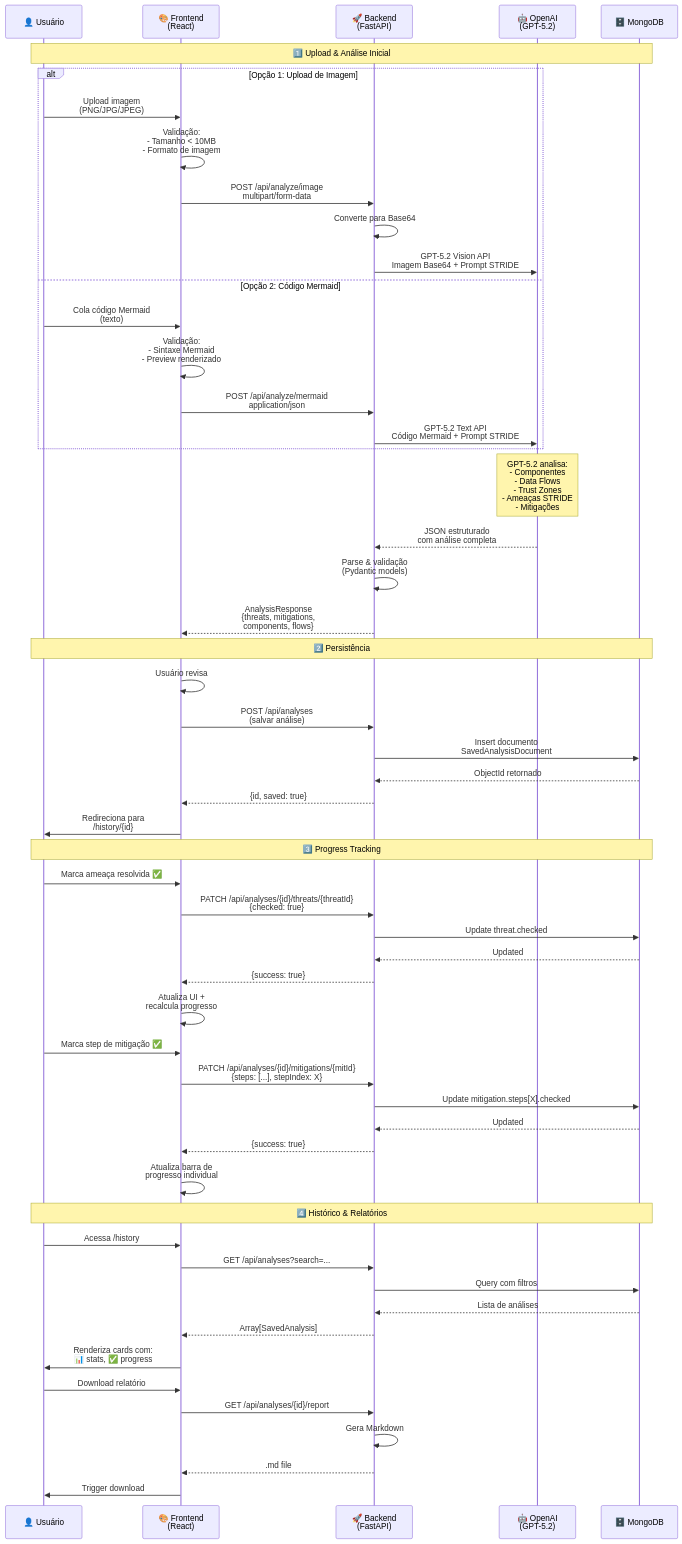
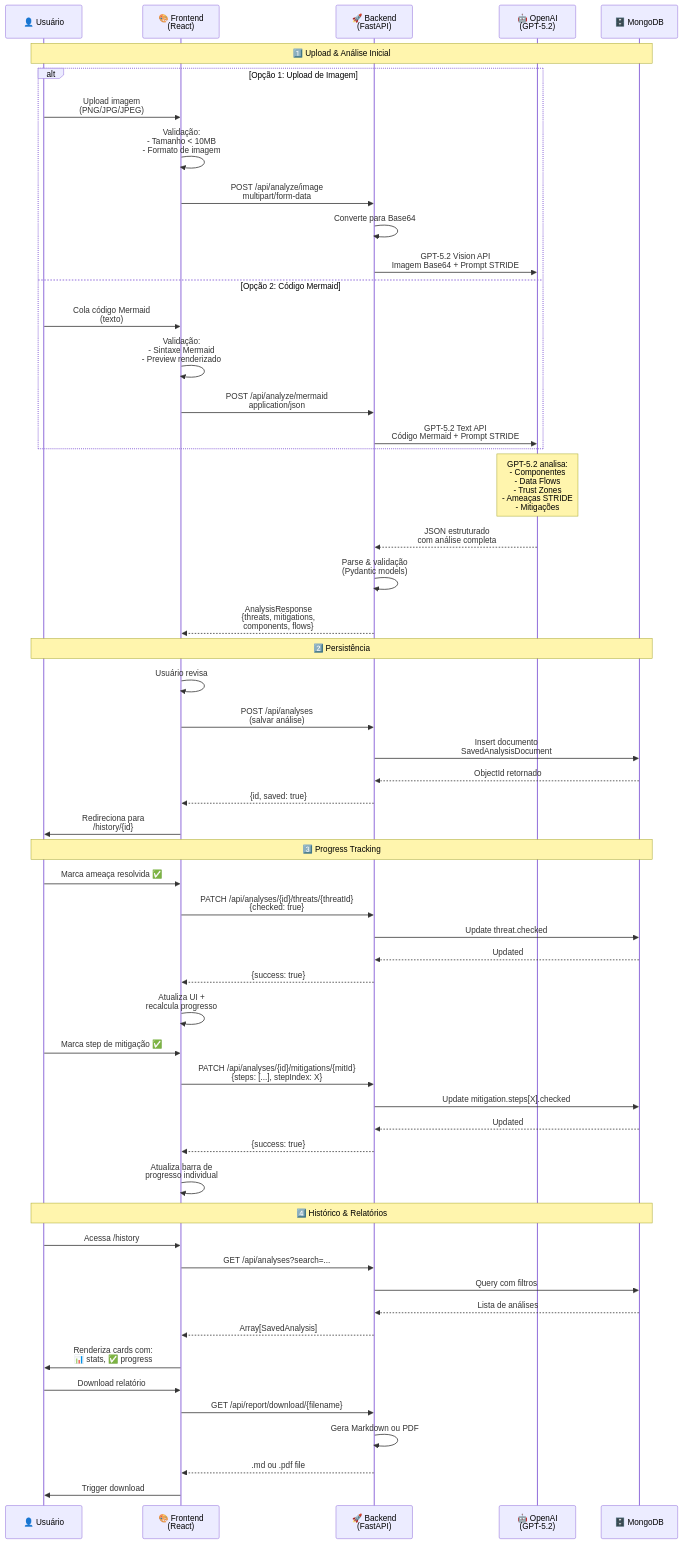
One commit to bferraz/threatlens-analyzer changed the diagram in README.md. Above: the diagram before and after it, drawn with Mermaid. The commit also changed other lines of this file and 25 other files, not shown here.

````diff
--- a/README.md
+++ b/README.md
@@ -100,66 +100,66 @@
 ```mermaid
 sequenceDiagram
     participant U as 👤 Usuário
     participant F as 🎨 Frontend<br/>(React)
     participant B as 🚀 Backend<br/>(FastAPI)
     participant O as 🤖 OpenAI<br/>(GPT-5.2)
     participant M as 🗄️ MongoDB
 
     Note over U,M: 1️⃣ Upload & Análise Inicial
 
     alt Opção 1: Upload de Imagem
         U->>F: Upload imagem<br/>(PNG/JPG/JPEG)
         F->>F: Validação:<br/>- Tamanho < 10MB<br/>- Formato de imagem
         F->>B: POST /api/analyze/image<br/>multipart/form-data
         B->>B: Converte para Base64
         B->>O: GPT-5.2 Vision API<br/>Imagem Base64 + Prompt STRIDE
     else Opção 2: Código Mermaid
         U->>F: Cola código Mermaid<br/>(texto)
         F->>F: Validação:<br/>- Sintaxe Mermaid<br/>- Preview renderizado
         F->>B: POST /api/analyze/mermaid<br/>application/json
         B->>O: GPT-5.2 Text API<br/>Código Mermaid + Prompt STRIDE
     end
     
     Note over O: GPT-5.2 analisa:<br/>- Componentes<br/>- Data Flows<br/>- Trust Zones<br/>- Ameaças STRIDE<br/>- Mitigações
     
     O-->>B: JSON estruturado<br/>com análise completa
     B->>B: Parse & validação<br/>(Pydantic models)
     B-->>F: AnalysisResponse<br/>{threats, mitigations,<br/>components, flows}
     
     Note over U,M: 2️⃣ Persistência
     F->>F: Usuário revisa
     F->>B: POST /api/analyses<br/>(salvar análise)
     B->>M: Insert documento<br/>SavedAnalysisDocument
     M-->>B: ObjectId retornado
     B-->>F: {id, saved: true}
     F->>U: Redireciona para<br/>/history/{id}
 
     Note over U,M: 3️⃣ Progress Tracking
     U->>F: Marca ameaça resolvida ✅
     F->>B: PATCH /api/analyses/{id}/threats/{threatId}<br/>{checked: true}
     B->>M: Update threat.checked
     M-->>B: Updated
     B-->>F: {success: true}
     F->>F: Atualiza UI +<br/>recalcula progresso
 
     U->>F: Marca step de mitigação ✅
     F->>B: PATCH /api/analyses/{id}/mitigations/{mitId}<br/>{steps: [...], stepIndex: X}
     B->>M: Update mitigation.steps[X].checked
     M-->>B: Updated
     B-->>F: {success: true}
     F->>F: Atualiza barra de<br/>progresso individual
 
     Note over U,M: 4️⃣ Histórico & Relatórios
     U->>F: Acessa /history
     F->>B: GET /api/analyses?search=...
     B->>M: Query com filtros
     M-->>B: Lista de análises
     B-->>F: Array[SavedAnalysis]
     F->>U: Renderiza cards com:<br/>📊 stats, ✅ progress
 
     U->>F: Download relatório
-    F->>B: GET /api/analyses/{id}/report
-    B->>B: Gera Markdown
-    B-->>F: .md file
+    F->>B: GET /api/report/download/{filename}
+    B->>B: Gera Markdown ou PDF
+    B-->>F: .md ou .pdf file
     F->>U: Trigger download
 ```
````
